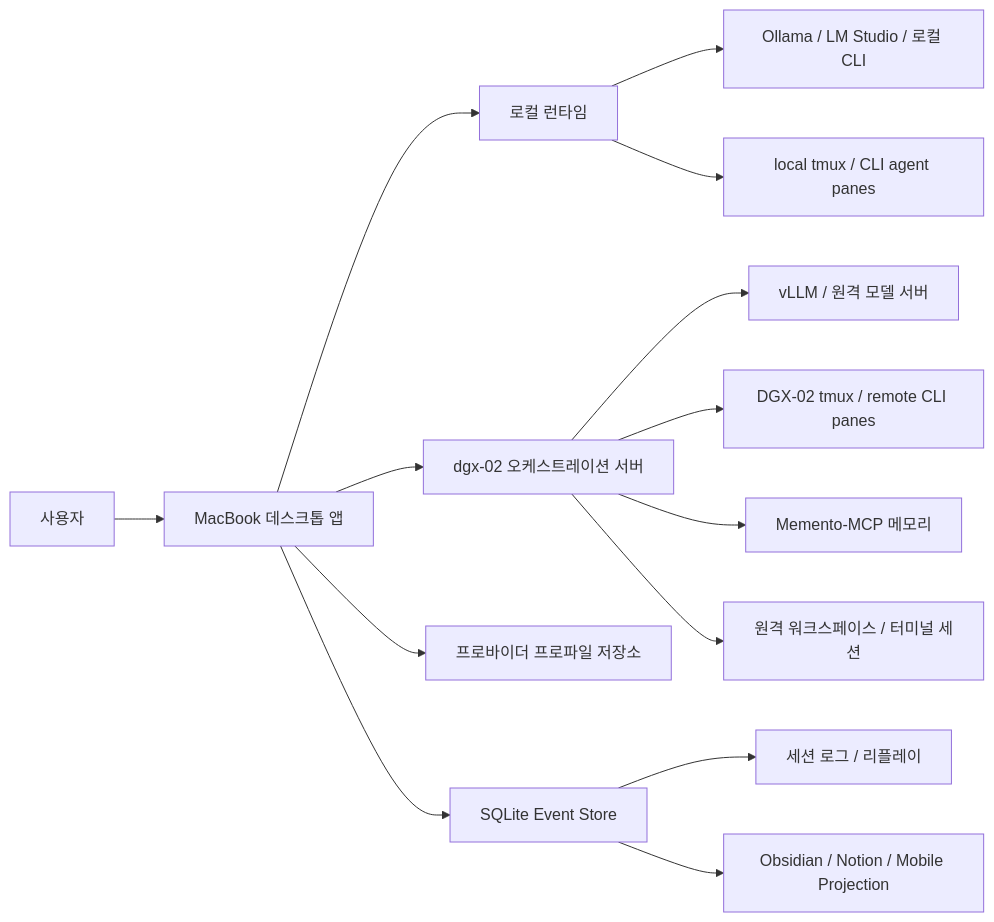
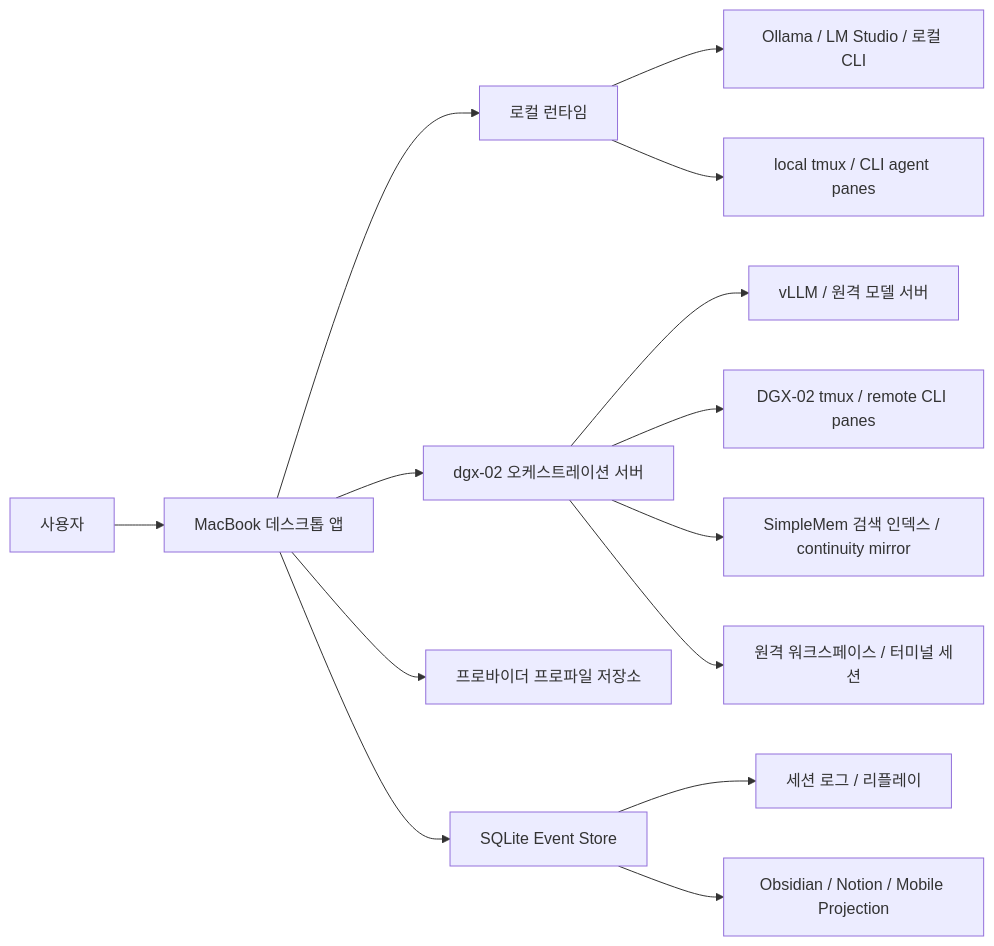
The diagram in docs/01-architecture.md (robin-main-hub/ai-orchestrator-lab), drawn with Mermaid before and after one commit. The commit also changed other lines of this file and 9 other files, not shown here.

Commit message:
docs: record SimpleMem continuity memory model

````diff
--- a/docs/01-architecture.md
+++ b/docs/01-architecture.md
@@ -5,16 +5,16 @@
 ```mermaid
 flowchart LR
   User[사용자] --> Desktop[MacBook 데스크톱 앱]
   Desktop --> LocalRuntime[로컬 런타임]
   Desktop --> DGX[dgx-02 오케스트레이션 서버]
   LocalRuntime --> LocalModels[Ollama / LM Studio / 로컬 CLI]
   LocalRuntime --> LocalTmux[local tmux / CLI agent panes]
   DGX --> RemoteModels[vLLM / 원격 모델 서버]
   DGX --> DgxTmux[DGX-02 tmux / remote CLI panes]
-  DGX --> Memory[Memento-MCP 메모리]
+  DGX --> Memory[SimpleMem 검색 인덱스 / continuity mirror]
   DGX --> Workspaces[원격 워크스페이스 / 터미널 세션]
   Desktop --> Profiles[프로바이더 프로파일 저장소]
   Desktop --> EventStore[SQLite Event Store]
   EventStore --> Sessions[세션 로그 / 리플레이]
   EventStore --> Exports[Obsidian / Notion / Mobile Projection]
 ```
````
